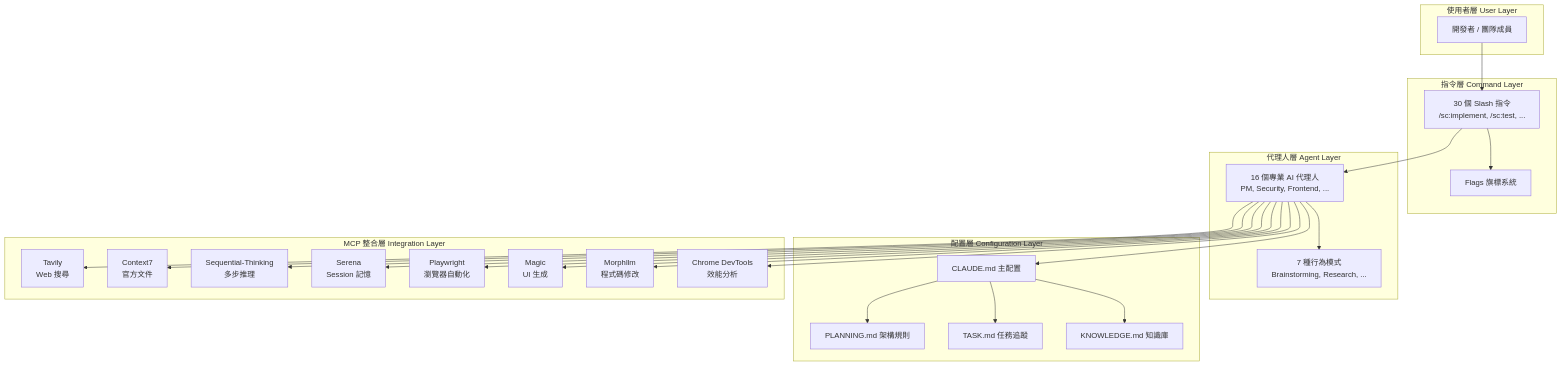
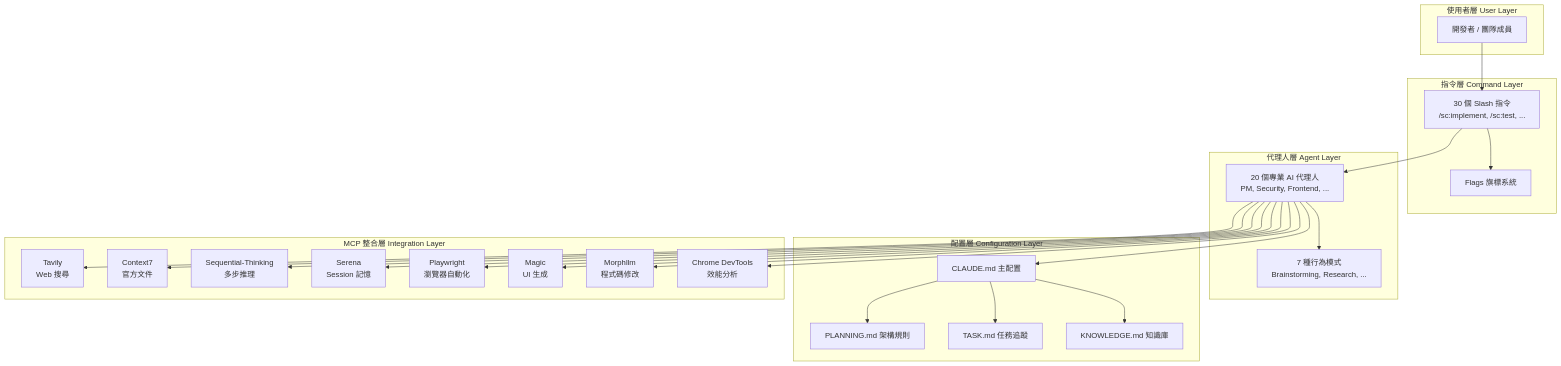
One commit to chihhung/Blog changed the first of 8 diagrams in content/posts/教學/AI開發/SuperClaude Framework生態系教學手冊.md. Above: the diagram before and after it, drawn with Mermaid. The commit also changed other lines of this file and 7 other files, not shown here.

````diff
--- a/content/posts/教學/AI開發/SuperClaude Framework生態系教學手冊.md
+++ b/content/posts/教學/AI開發/SuperClaude Framework生態系教學手冊.md
@@ -92,51 +94,51 @@
 ```mermaid
 graph TB
     subgraph "使用者層 User Layer"
         U[開發者 / 團隊成員]
     end
     
     subgraph "指令層 Command Layer"
         SC[30 個 Slash 指令<br>/sc:implement, /sc:test, ...]
         FL[Flags 旗標系統]
     end
     
     subgraph "代理人層 Agent Layer"
-        AG[16 個專業 AI 代理人<br>PM, Security, Frontend, ...]
+        AG[20 個專業 AI 代理人<br>PM, Security, Frontend, ...]
         MD[7 種行為模式<br>Brainstorming, Research, ...]
     end
     
     subgraph "配置層 Configuration Layer"
         CM[CLAUDE.md 主配置]
         PL[PLANNING.md 架構規則]
         TK[TASK.md 任務追蹤]
         KN[KNOWLEDGE.md 知識庫]
     end
     
     subgraph "MCP 整合層 Integration Layer"
         TV[Tavily<br>Web 搜尋]
         C7[Context7<br>官方文件]
         ST[Sequential-Thinking<br>多步推理]
         SE[Serena<br>Session 記憶]
         PW[Playwright<br>瀏覽器自動化]
         MG[Magic<br>UI 生成]
         MF[Morphllm<br>程式碼修改]
         CD[Chrome DevTools<br>效能分析]
     end
     
     U --> SC
     SC --> AG
     SC --> FL
     AG --> MD
     AG --> CM
     CM --> PL
     CM --> TK
     CM --> KN
     AG --> TV
     AG --> C7
     AG --> ST
     AG --> SE
     AG --> PW
     AG --> MG
     AG --> MF
     AG --> CD
 ```
````
